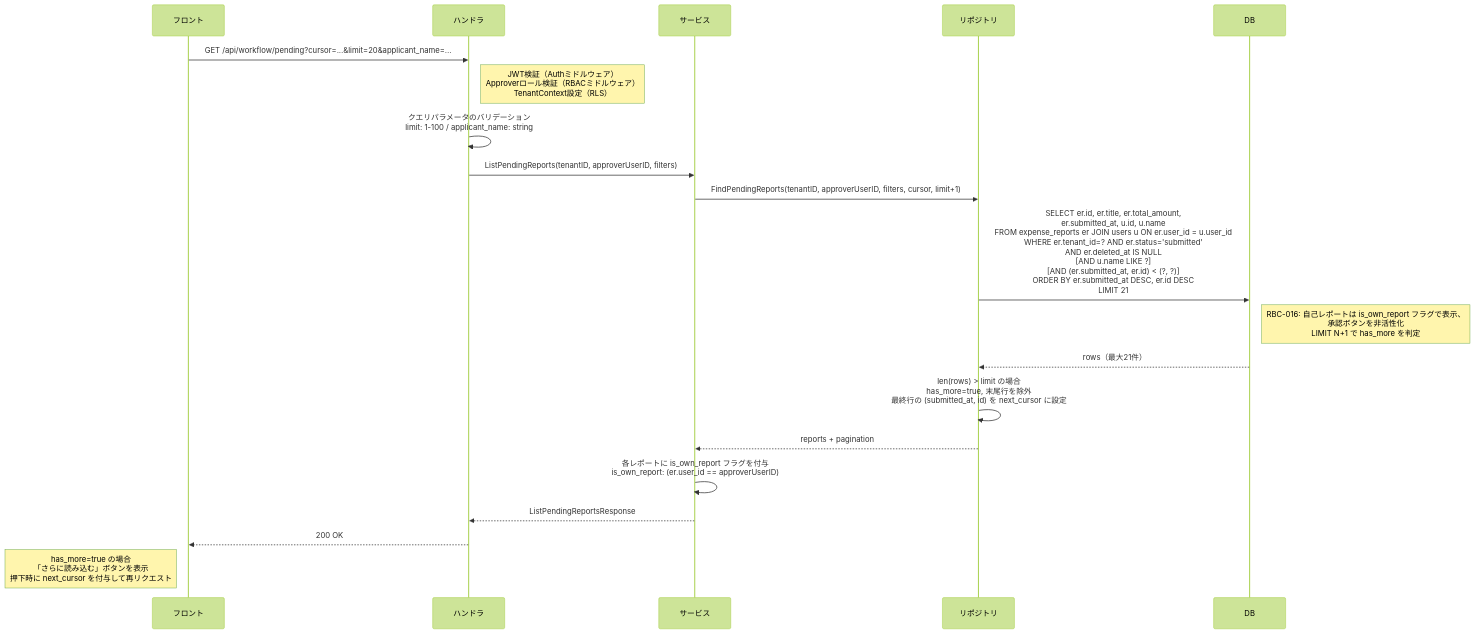
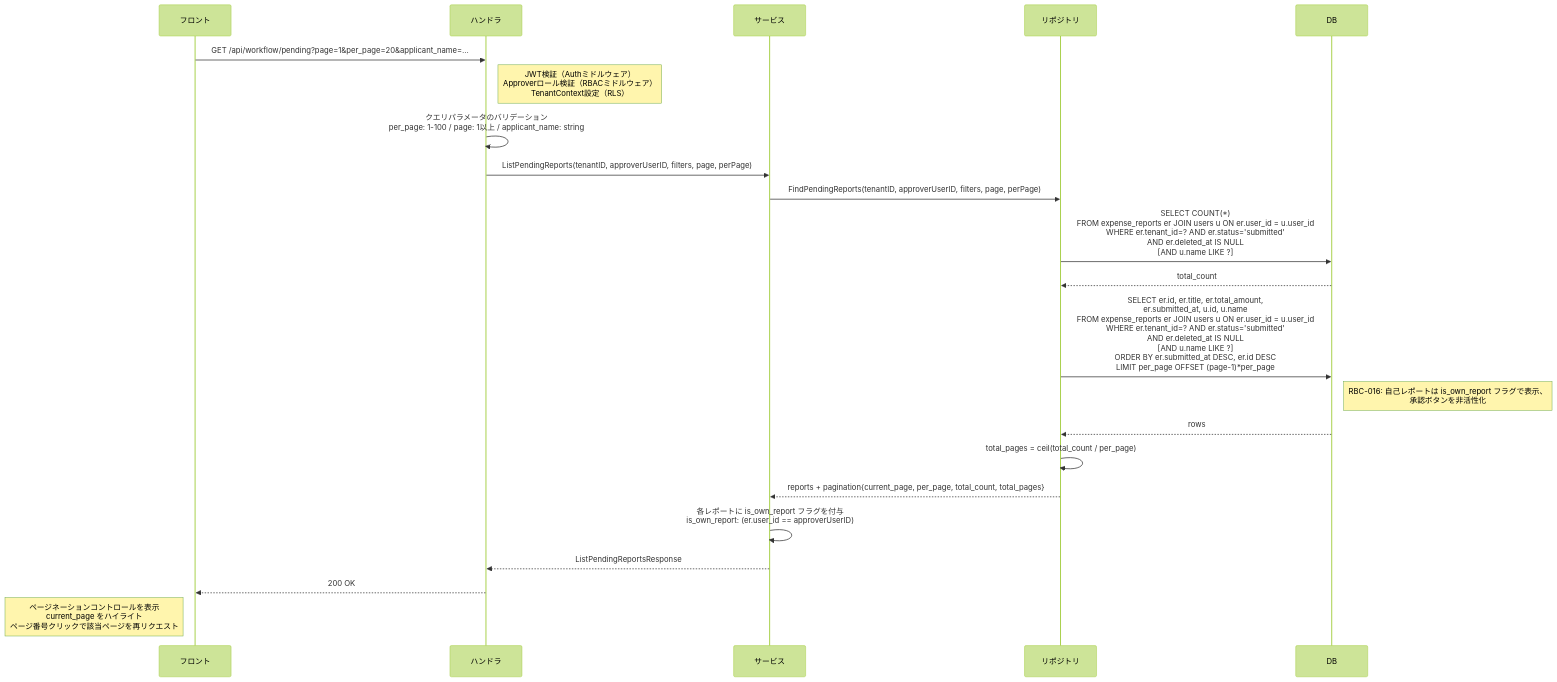
Before and after one commit to atsuro128/dev-journal: the diagram in deliverables/docs/50_detail_design/screens/workflow-pending.md, drawn with Mermaid (forest theme). The commit also changed other lines of this file and 14 other files, not shown here.

````diff
--- a/deliverables/docs/50_detail_design/screens/workflow-pending.md
+++ b/deliverables/docs/50_detail_design/screens/workflow-pending.md
@@ -282,23 +286,25 @@
 ```mermaid
 sequenceDiagram
     participant F as フロント
     participant H as ハンドラ
     participant S as サービス
     participant R as リポジトリ
     participant DB as DB
 
-    F->>H: GET /api/workflow/pending?cursor=...&limit=20&applicant_name=...
+    F->>H: GET /api/workflow/pending?page=1&per_page=20&applicant_name=...
     Note right of H: JWT検証（Authミドルウェア）<br/>Approverロール検証（RBACミドルウェア）<br/>TenantContext設定（RLS）
-    H->>H: クエリパラメータのバリデーション<br/>limit: 1-100 / applicant_name: string
-    H->>S: ListPendingReports(tenantID, approverUserID, filters)
-    S->>R: FindPendingReports(tenantID, approverUserID, filters, cursor, limit+1)
-    R->>DB: SELECT er.id, er.title, er.total_amount,<br/>er.submitted_at, u.id, u.name<br/>FROM expense_reports er JOIN users u ON er.user_id = u.user_id<br/>WHERE er.tenant_id=? AND er.status='submitted'<br/>AND er.deleted_at IS NULL<br/>[AND u.name LIKE ?]<br/>[AND (er.submitted_at, er.id) < (?, ?)]<br/>ORDER BY er.submitted_at DESC, er.id DESC<br/>LIMIT 21
-    Note right of DB: RBC-016: 自己レポートは is_own_report フラグで表示、<br/>承認ボタンを非活性化<br/>LIMIT N+1 で has_more を判定
-    DB-->>R: rows（最大21件）
-    R->>R: len(rows) > limit の場合<br/>has_more=true, 末尾行を除外<br/>最終行の (submitted_at, id) を next_cursor に設定
-    R-->>S: reports + pagination
+    H->>H: クエリパラメータのバリデーション<br/>per_page: 1-100 / page: 1以上 / applicant_name: string
+    H->>S: ListPendingReports(tenantID, approverUserID, filters, page, perPage)
+    S->>R: FindPendingReports(tenantID, approverUserID, filters, page, perPage)
+    R->>DB: SELECT COUNT(*)<br/>FROM expense_reports er JOIN users u ON er.user_id = u.user_id<br/>WHERE er.tenant_id=? AND er.status='submitted'<br/>AND er.deleted_at IS NULL<br/>[AND u.name LIKE ?]
+    DB-->>R: total_count
+    R->>DB: SELECT er.id, er.title, er.total_amount,<br/>er.submitted_at, u.id, u.name<br/>FROM expense_reports er JOIN users u ON er.user_id = u.user_id<br/>WHERE er.tenant_id=? AND er.status='submitted'<br/>AND er.deleted_at IS NULL<br/>[AND u.name LIKE ?]<br/>ORDER BY er.submitted_at DESC, er.id DESC<br/>LIMIT per_page OFFSET (page-1)*per_page
+    Note right of DB: RBC-016: 自己レポートは is_own_report フラグで表示、<br/>承認ボタンを非活性化
+    DB-->>R: rows
+    R->>R: total_pages = ceil(total_count / per_page)
+    R-->>S: reports + pagination{current_page, per_page, total_count, total_pages}
     S->>S: 各レポートに is_own_report フラグを付与<br/>is_own_report: (er.user_id == approverUserID)
     S-->>H: ListPendingReportsResponse
     H-->>F: 200 OK
-    Note left of F: has_more=true の場合<br/>「さらに読み込む」ボタンを表示<br/>押下時に next_cursor を付与して再リクエスト
+    Note left of F: ページネーションコントロールを表示<br/>current_page をハイライト<br/>ページ番号クリックで該当ページを再リクエスト
 ```
````
